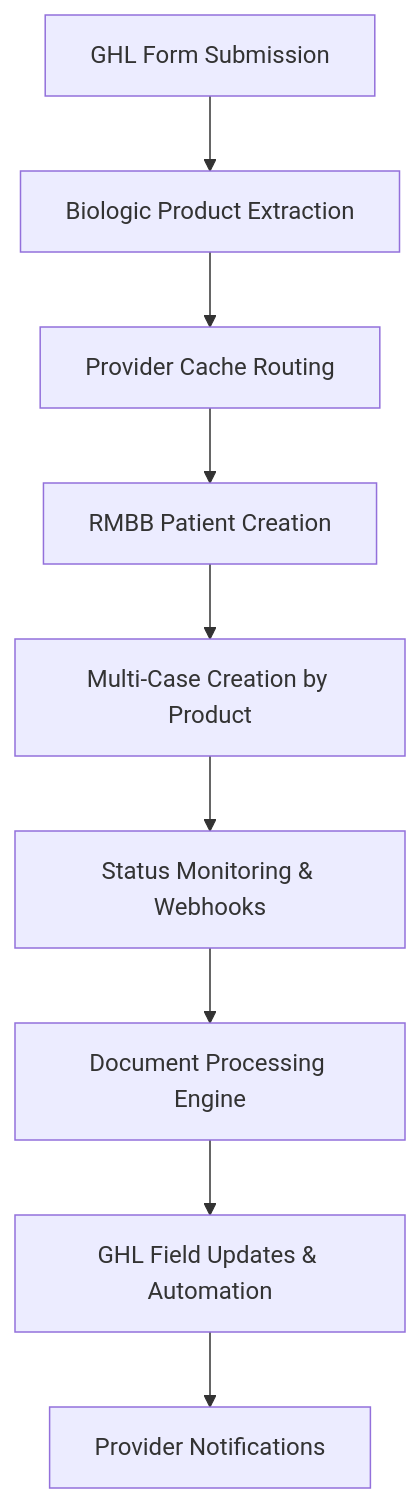
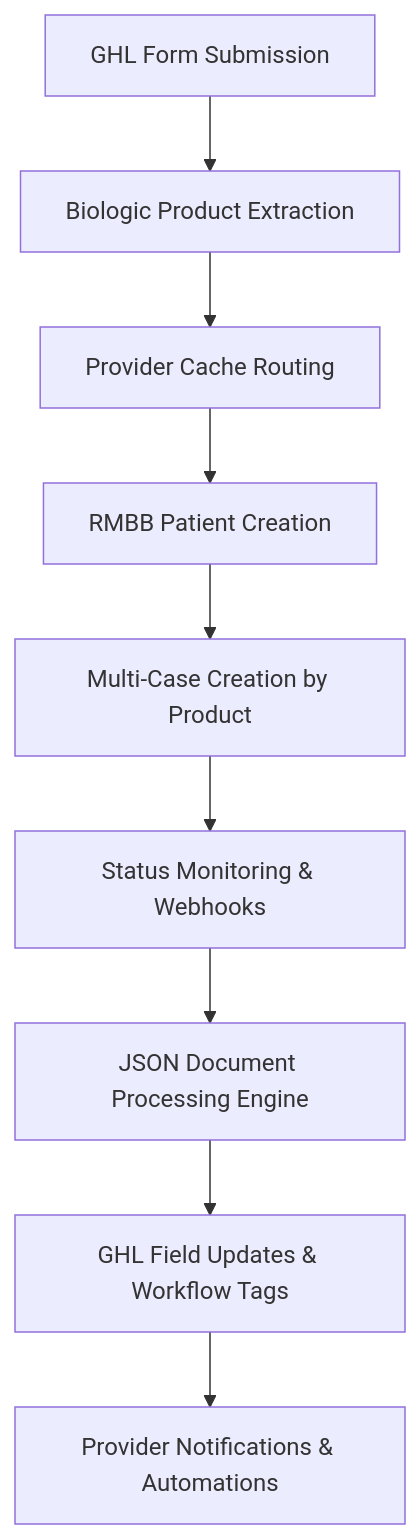
One commit to twade123/rmbb-health-webhook changed the diagram in README.md. Above: the diagram before and after it, drawn with Mermaid. The commit also changed other lines of this file, not shown here.

````diff
--- a/README.md
+++ b/README.md
@@ -9,11 +9,11 @@
 ```mermaid
 graph TD
     A[GHL Form Submission] --> B[Biologic Product Extraction]
     B --> C[Provider Cache Routing] 
     C --> D[RMBB Patient Creation]
     D --> E[Multi-Case Creation by Product]
     E --> F[Status Monitoring & Webhooks]
-    F --> G[Document Processing Engine]
-    G --> H[GHL Field Updates & Automation]
-    H --> I[Provider Notifications]
+    F --> G[JSON Document Processing Engine]
+    G --> H[GHL Field Updates & Workflow Tags]
+    H --> I[Provider Notifications & Automations]
 ```
````
